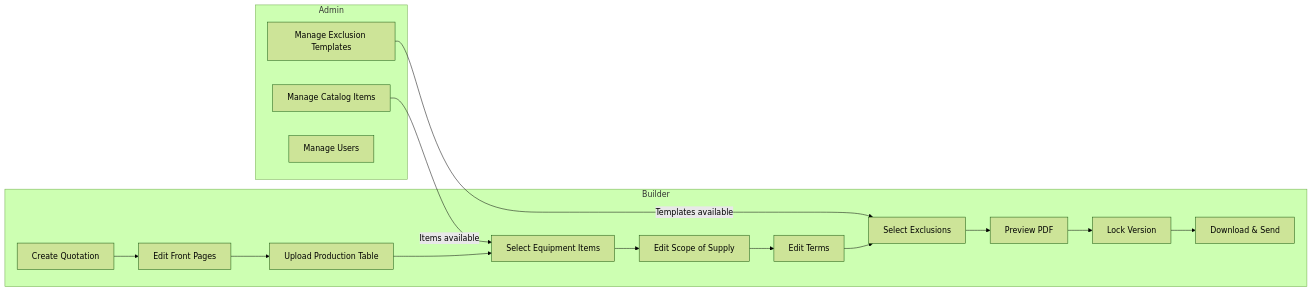
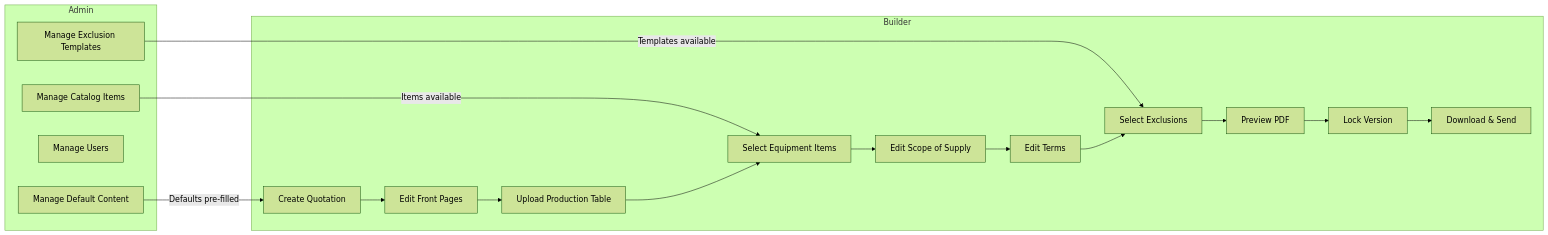
The third of 3 diagrams in 40-solution-design/001-quotation-tool-prd.md (jetbrodocs/steefo-quotation), drawn with Mermaid (forest theme) before and after one commit. The commit also changed other lines of this file and 2 other files, not shown here.

First line of the commit message:
Update PRD with default content masters, NFRs, and review fixes

````diff
--- a/40-solution-design/001-quotation-tool-prd.md
+++ b/40-solution-design/001-quotation-tool-prd.md
@@ -933,25 +1060,27 @@
 ```mermaid
 flowchart LR
     subgraph Admin
         A1["Manage Catalog Items"]
         A2["Manage Exclusion Templates"]
         A3["Manage Users"]
+        A4["Manage Default Content"]
     end
 
     subgraph Builder
         B1["Create Quotation"]
         B2["Edit Front Pages"]
         B3["Upload Production Table"]
         B4["Select Equipment Items"]
         B5["Edit Scope of Supply"]
         B6["Edit Terms"]
         B7["Select Exclusions"]
         B8["Preview PDF"]
         B9["Lock Version"]
         B10["Download & Send"]
     end
 
     A1 -->|"Items available"| B4
     A2 -->|"Templates available"| B7
+    A4 -->|"Defaults pre-filled"| B1
     B1 --> B2 --> B3 --> B4 --> B5 --> B6 --> B7 --> B8 --> B9 --> B10
 ```
````
